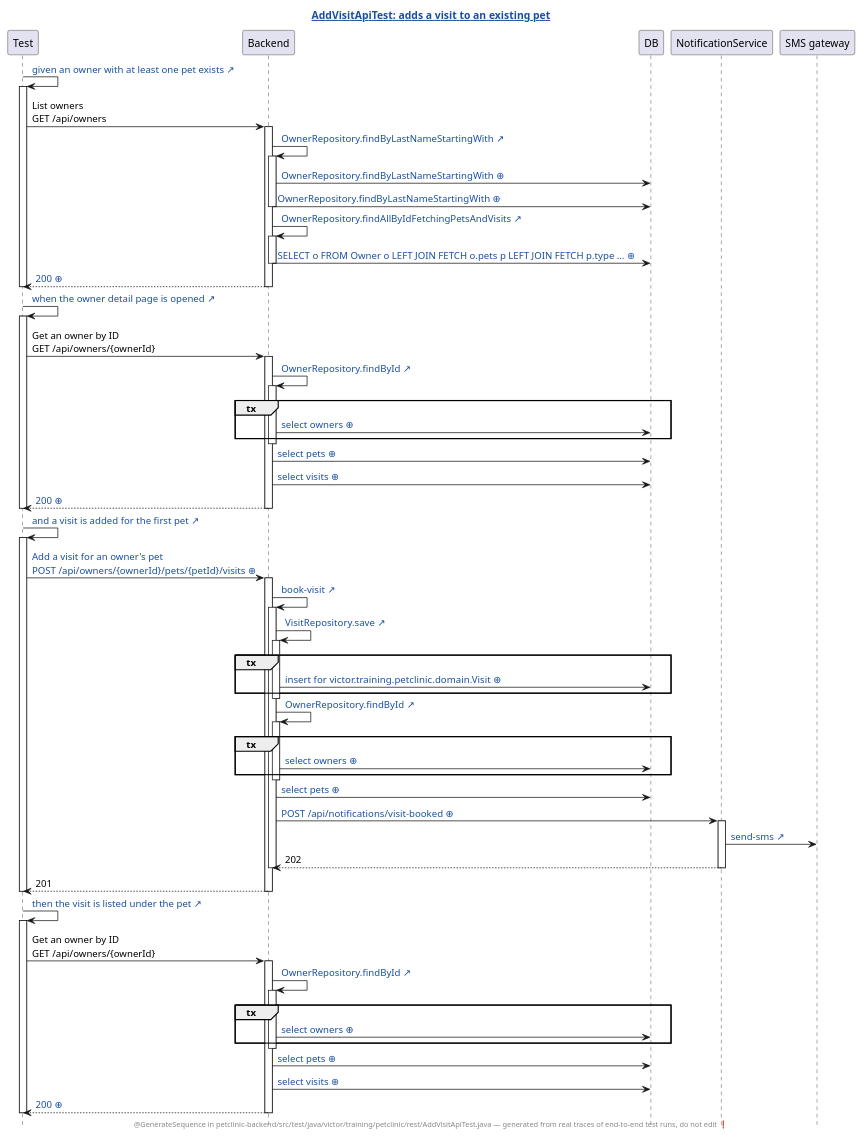
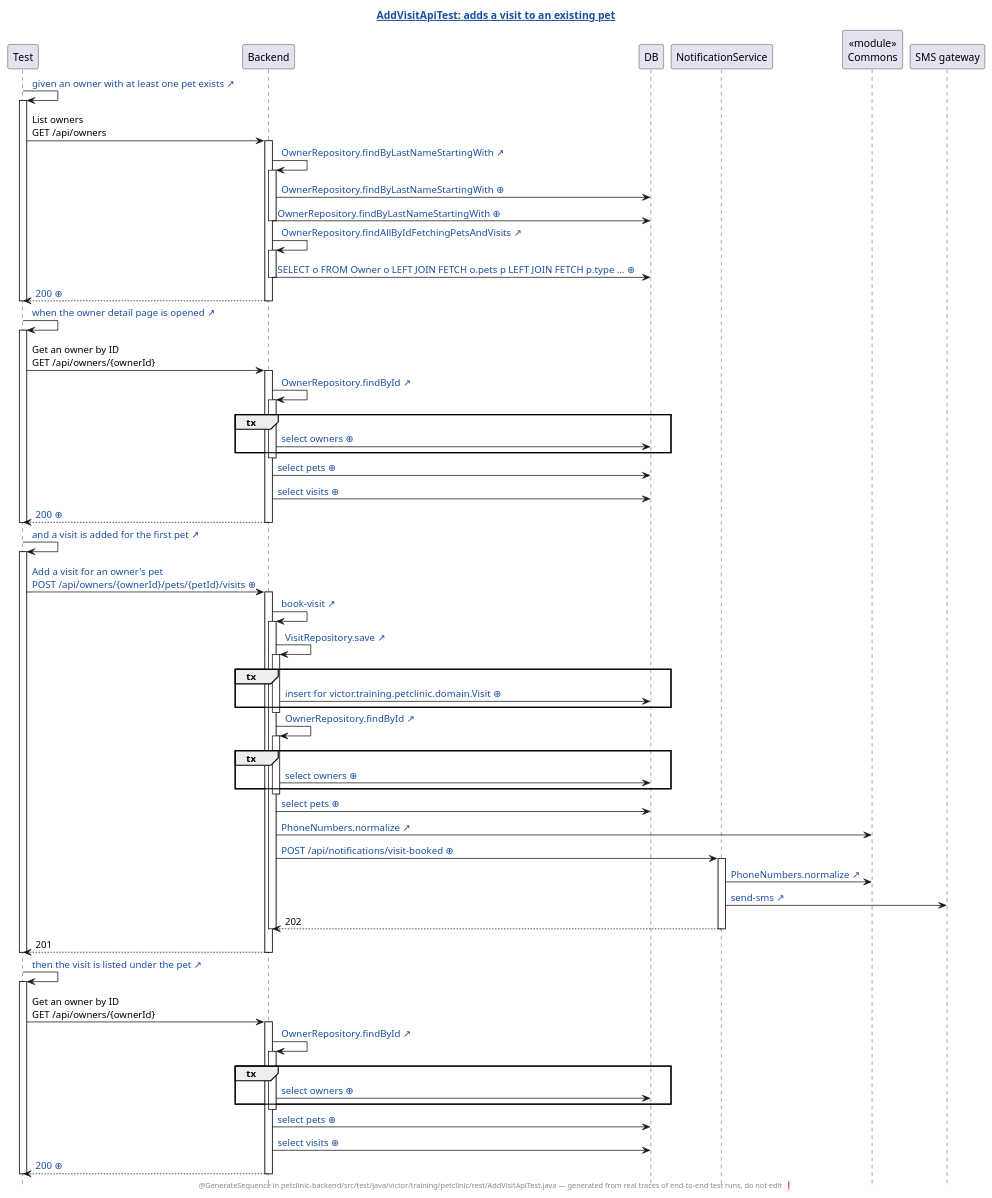
The diagram in petclinic-test/generated/AddVisitApiTest.java.adds-a-visit-to-an-existing-pet.genseq.puml (victorrentea/petclinic), drawn with PlantUML before and after one commit. The commit also changed 6 other files, not shown here.

First line of the commit message:
Owners grid: diagrams re-traced after merging main, review-points base moves to fe553439

```diff
--- a/petclinic-test/generated/AddVisitApiTest.java.adds-a-visit-to-an-existing-pet.genseq.puml
+++ b/petclinic-test/generated/AddVisitApiTest.java.adds-a-visit-to-an-existing-pet.genseq.puml
@@ -1,87 +1,90 @@
 @startuml
 ' ⚠️  GENERATED FILE — DO NOT EDIT. Every edit is lost on the next run.
 hide footbox
 skinparam hyperlinkUnderline false
 skinparam hyperlinkColor #1A4FA0
-title [[src://petclinic-backend/src/test/java/victor/training/petclinic/rest/AddVisitApiTest.java:75{Click to open the test} AddVisitApiTest: adds a visit to an existing pet]]
+title [[src://petclinic-backend/src/test/java/victor/training/petclinic/rest/AddVisitApiTest.java:76{Click to open the test} AddVisitApiTest: adds a visit to an existing pet]]
 footer @GenerateSequence in petclinic-backend/src/test/java/victor/training/petclinic/rest/AddVisitApiTest.java — generated from real traces of end-to-end test runs, do not edit ❗
 participant Test
 participant Backend
 participant DB
 participant NotificationService
+participant "«module»\nCommons" as Commons
 participant "SMS gateway"
-Test -> Test: [[src://petclinic-backend/src/test/java/victor/training/petclinic/rest/AddVisitApiTest.java:76{Click to open the line of the test that says this} given an owner with at least one pet exists ↗]]
+Test -> Test: [[src://petclinic-backend/src/test/java/victor/training/petclinic/rest/AddVisitApiTest.java:77{Click to open the line of the test that says this} given an owner with at least one pet exists ↗]]
 activate Test
 Test -> Backend: List owners\nGET /api/owners
 activate Backend
 Backend -> Backend: [[src://petclinic-backend/src/main/java/victor/training/petclinic/repository/OwnerRepository.java:15{Click to open OwnerRepository.findByLastNameStartingWith} OwnerRepository.findByLastNameStartingWith ↗]]
 activate Backend
 Backend -> DB: [[genseq://06lhb5c{Click for the statement behind this call} OwnerRepository.findByLastNameStartingWith ⊕]]
 Backend -> DB: [[genseq://0rcs8yy{Click for the statement behind this call} OwnerRepository.findByLastNameStartingWith ⊕]]
 deactivate Backend
 Backend -> Backend: [[src://petclinic-backend/src/main/java/victor/training/petclinic/repository/OwnerRepository.java:26{Click to open OwnerRepository.findAllByIdFetchingPetsAndVisits} OwnerRepository.findAllByIdFetchingPetsAndVisits ↗]]
 activate Backend
 Backend -> DB: [[genseq://075m496{Click for the statement behind this call} SELECT o FROM Owner o LEFT JOIN FETCH o.pets p LEFT JOIN FETCH p.type … ⊕]]
 deactivate Backend
 Backend --> Test: [[genseq://1ywqtdh{Click for this call’s JSON body} 200 ⊕]]
 deactivate Backend
 deactivate Test
-Test -> Test: [[src://petclinic-backend/src/test/java/victor/training/petclinic/rest/AddVisitApiTest.java:81{Click to open the line of the test that says this} when the owner detail page is opened ↗]]
+Test -> Test: [[src://petclinic-backend/src/test/java/victor/training/petclinic/rest/AddVisitApiTest.java:82{Click to open the line of the test that says this} when the owner detail page is opened ↗]]
 activate Test
 Test -> Backend: Get an owner by ID\nGET /api/owners/{ownerId}
 activate Backend
 Backend -> Backend: [[src://petclinic-backend/src/main/java/victor/training/petclinic/repository/OwnerRepository.java:28{Click to open OwnerRepository.findById} OwnerRepository.findById ↗]]
 activate Backend
 group tx
 Backend -> DB: [[genseq://083xusu{Click for the statement behind this call} select owners ⊕]]
 end
 deactivate Backend
 Backend -> DB: [[genseq://0j0trn8{Click for the statement behind this call} select pets ⊕]]
 Backend -> DB: [[genseq://16xt6fr{Click for the statement behind this call} select visits ⊕]]
 Backend --> Test: [[genseq://1cg6dk5{Click for this call’s JSON body} 200 ⊕]]
 deactivate Backend
 deactivate Test
-Test -> Test: [[src://petclinic-backend/src/test/java/victor/training/petclinic/rest/AddVisitApiTest.java:84{Click to open the line of the test that says this} and a visit is added for the first pet ↗]]
+Test -> Test: [[src://petclinic-backend/src/test/java/victor/training/petclinic/rest/AddVisitApiTest.java:85{Click to open the line of the test that says this} and a visit is added for the first pet ↗]]
 activate Test
-Test -> Backend: [[genseq://1mtzmuy{Click for this call’s JSON body} Add a visit for an owner's pet\nPOST /api/owners/{ownerId}/pets/{petId}/visits ⊕]]
+Test -> Backend: [[genseq://1yv4zr4{Click for this call’s JSON body} Add a visit for an owner's pet\nPOST /api/owners/{ownerId}/pets/{petId}/visits ⊕]]
 activate Backend
-Backend -> Backend: [[src://petclinic-backend/src/main/java/victor/training/petclinic/rest/OwnerRestController.java:239{Click to open OwnerRestController.bookVisit} book-visit ↗]]
+Backend -> Backend: [[src://petclinic-backend/src/main/java/victor/training/petclinic/rest/OwnerRestController.java:240{Click to open OwnerRestController.bookVisit} book-visit ↗]]
 activate Backend
 Backend -> Backend: [[src://petclinic-backend/src/main/java/victor/training/petclinic/repository/VisitRepository.java:14{Click to open VisitRepository.save} VisitRepository.save ↗]]
 activate Backend
 group tx
-Backend -> DB: [[genseq://0bv2pby{Click for the statement behind this call} insert for victor.training.petclinic.domain.Visit ⊕]]
+Backend -> DB: [[genseq://07tob6g{Click for the statement behind this call} insert for victor.training.petclinic.domain.Visit ⊕]]
 end
 deactivate Backend
 Backend -> Backend: [[src://petclinic-backend/src/main/java/victor/training/petclinic/repository/OwnerRepository.java:28{Click to open OwnerRepository.findById} OwnerRepository.findById ↗]]
 activate Backend
 group tx
 Backend -> DB: [[genseq://083xusu{Click for the statement behind this call} select owners ⊕]]
 end
 deactivate Backend
 Backend -> DB: [[genseq://0j0trn8{Click for the statement behind this call} select pets ⊕]]
-Backend -> NotificationService: [[genseq://0a5r3wo{Click for this call’s JSON body} POST /api/notifications/visit-booked ⊕]]
+Backend -> Commons: [[src://petclinic-commons/src/main/java/victor/training/commons/PhoneNumbers.java:8{Click to open PhoneNumbers.normalize} PhoneNumbers.normalize ↗]]
+Backend -> NotificationService: [[genseq://06g5a1e{Click for this call’s JSON body} POST /api/notifications/visit-booked ⊕]]
 activate NotificationService
+NotificationService -> Commons: [[src://petclinic-commons/src/main/java/victor/training/commons/PhoneNumbers.java:8{Click to open PhoneNumbers.normalize} PhoneNumbers.normalize ↗]]
 NotificationService -> "SMS gateway": [[src://notification-service/src/main/java/victor/training/notification/SmsGateway.java:23{Click to open SmsGateway.send} send-sms ↗]]
 NotificationService --> Backend: 202
 deactivate NotificationService
 deactivate Backend
 Backend --> Test: 201
 deactivate Backend
 deactivate Test
-Test -> Test: [[src://petclinic-backend/src/test/java/victor/training/petclinic/rest/AddVisitApiTest.java:91{Click to open the line of the test that says this} then the visit is listed under the pet ↗]]
+Test -> Test: [[src://petclinic-backend/src/test/java/victor/training/petclinic/rest/AddVisitApiTest.java:92{Click to open the line of the test that says this} then the visit is listed under the pet ↗]]
 activate Test
 Test -> Backend: Get an owner by ID\nGET /api/owners/{ownerId}
 activate Backend
 Backend -> Backend: [[src://petclinic-backend/src/main/java/victor/training/petclinic/repository/OwnerRepository.java:28{Click to open OwnerRepository.findById} OwnerRepository.findById ↗]]
 activate Backend
 group tx
 Backend -> DB: [[genseq://083xusu{Click for the statement behind this call} select owners ⊕]]
 end
 deactivate Backend
 Backend -> DB: [[genseq://0j0trn8{Click for the statement behind this call} select pets ⊕]]
 Backend -> DB: [[genseq://16xt6fr{Click for the statement behind this call} select visits ⊕]]
-Backend --> Test: [[genseq://09nes9m{Click for this call’s JSON body} 200 ⊕]]
+Backend --> Test: [[genseq://0qfgh4s{Click for this call’s JSON body} 200 ⊕]]
 deactivate Backend
 deactivate Test
 @enduml
```
